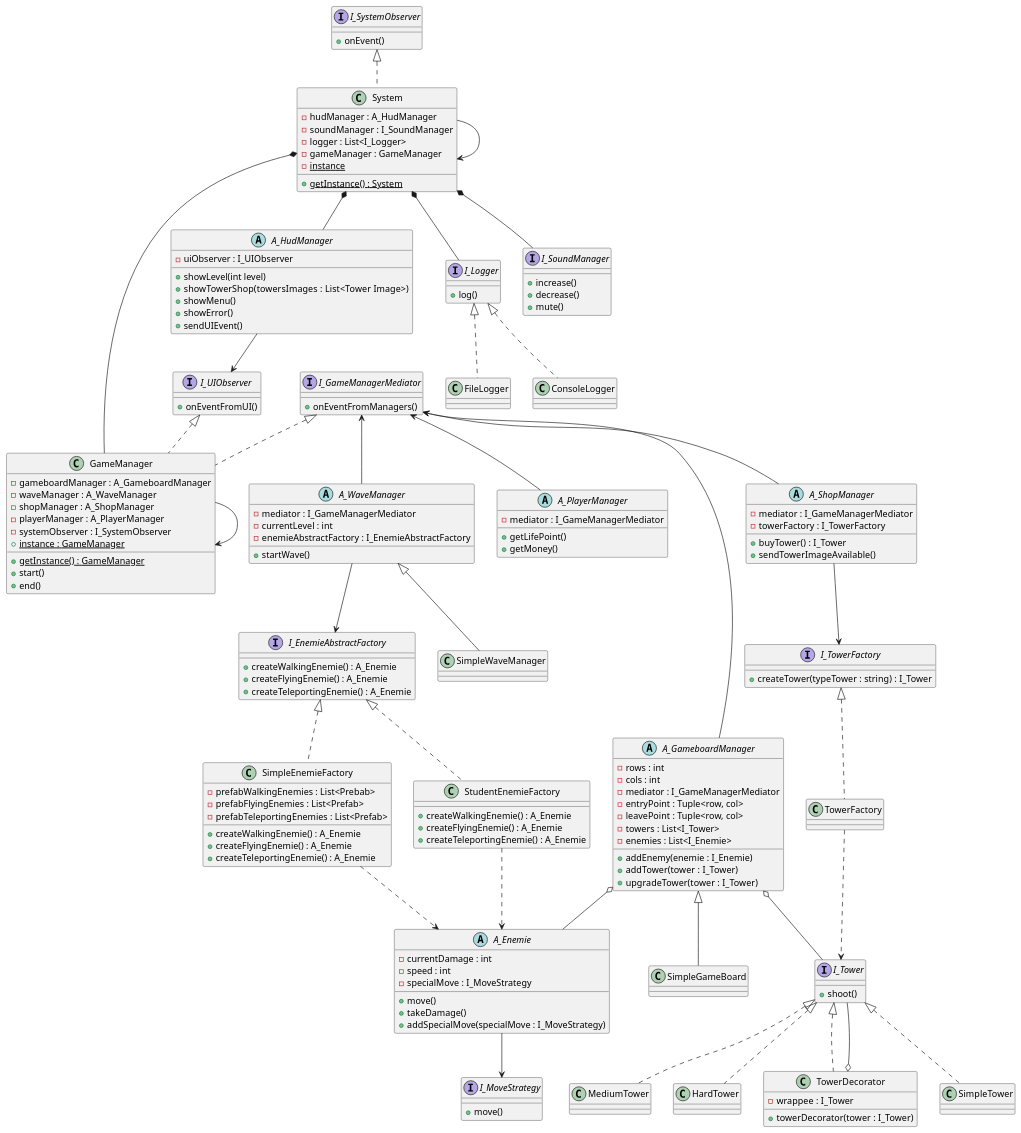
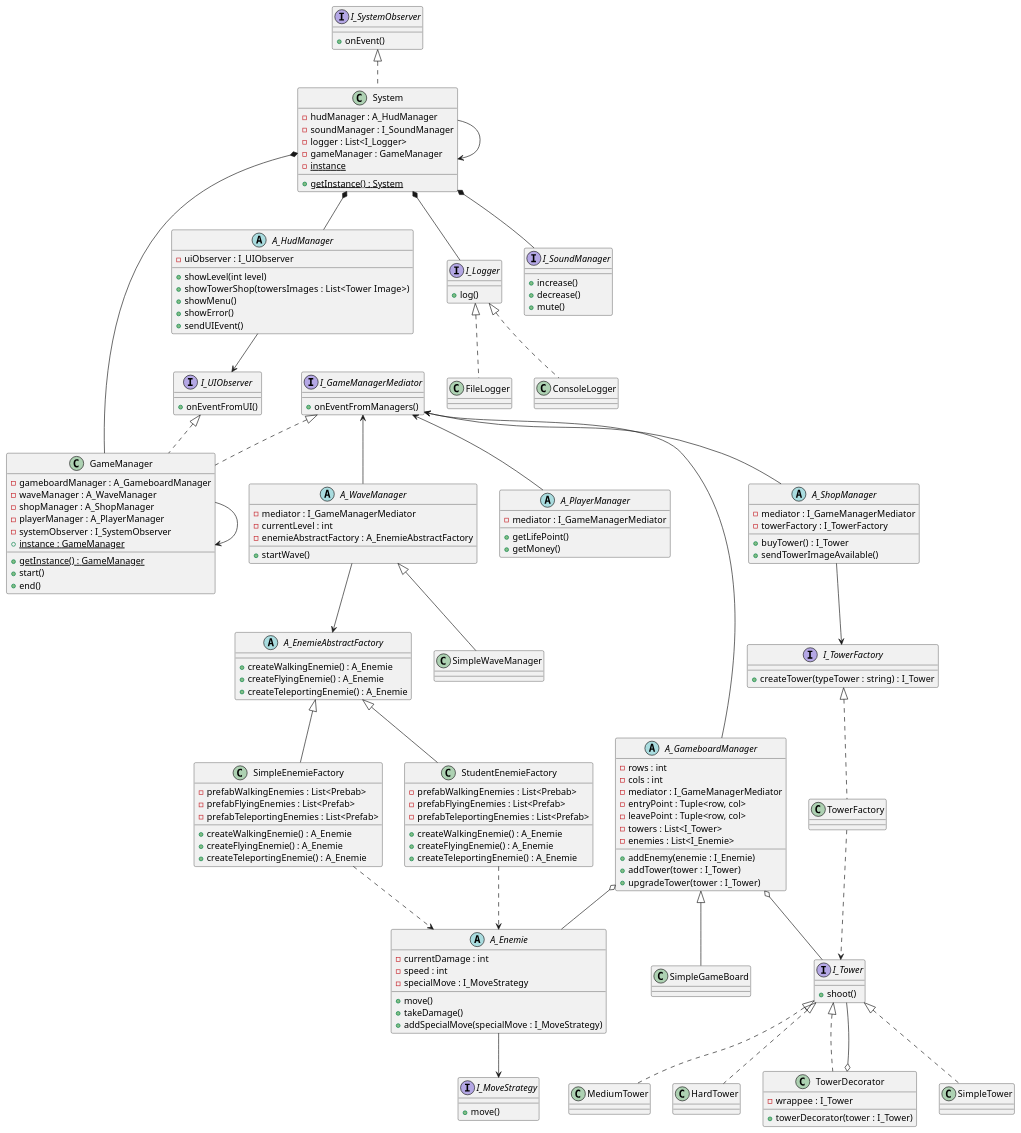
The diagram in uml.plantuml (bobylatruffe/tower_defense), drawn with PlantUML before and after one commit. The commit also changed 9 other files, not shown here.

Commit message:
fix(EnemieAbstractFactory) : changement de I_EnemieAbstractFactory en classe abstraite pour pouvoir afficher le champ enemyFactory dans unity. Les interfaces ne sont pas seriallizable

```diff
--- a/uml.plantuml
+++ b/uml.plantuml
@@ -67,20 +67,23 @@
 abstract class A_WaveManager  {
     - mediator : I_GameManagerMediator
     - currentLevel : int
-    - enemieAbstractFactory : I_EnemieAbstractFactory
+    - enemieAbstractFactory : A_EnemieAbstractFactory
     + startWave()
 }
 
-interface I_EnemieAbstractFactory {
+abstract class A_EnemieAbstractFactory {
     + createWalkingEnemie() : A_Enemie
     + createFlyingEnemie() : A_Enemie
     + createTeleportingEnemie() : A_Enemie
 }
 
-A_WaveManager --> I_EnemieAbstractFactory
+A_WaveManager --> A_EnemieAbstractFactory
 A_WaveManager <|-- SimpleWaveManager
 
-class StudentEnemieFactory implements I_EnemieAbstractFactory {
+class StudentEnemieFactory extends A_EnemieAbstractFactory {
+    - prefabWalkingEnemies : List<Prebab>
+    - prefabFlyingEnemies : List<Prefab>
+    - prefabTeleportingEnemies : List<Prefab>
     + createWalkingEnemie() : A_Enemie
     + createFlyingEnemie() : A_Enemie
     + createTeleportingEnemie() : A_Enemie
@@ -88,7 +91,7 @@
 
 StudentEnemieFactory ..> A_Enemie
 
-class SimpleEnemieFactory implements I_EnemieAbstractFactory {
+class SimpleEnemieFactory extends A_EnemieAbstractFactory {
     - prefabWalkingEnemies : List<Prebab>
     - prefabFlyingEnemies : List<Prefab>
     - prefabTeleportingEnemies : List<Prefab>
```
